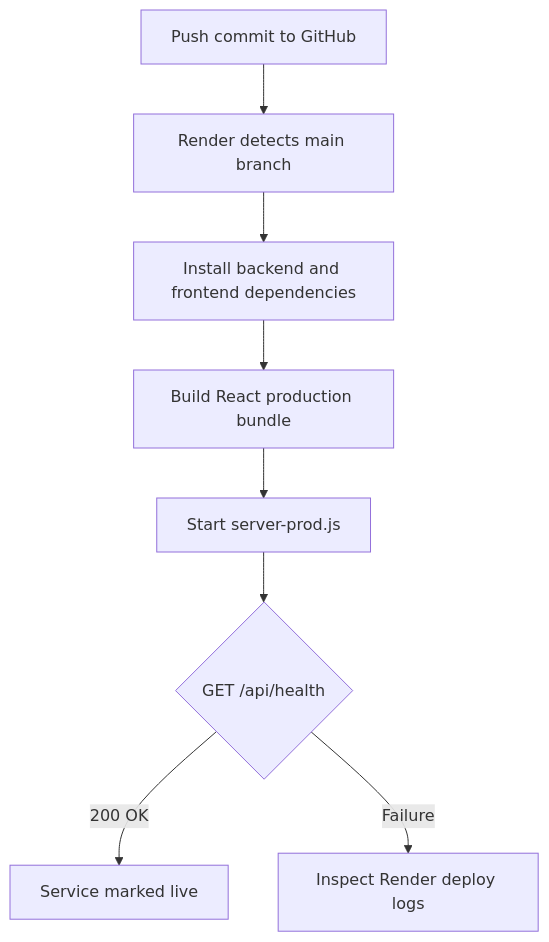
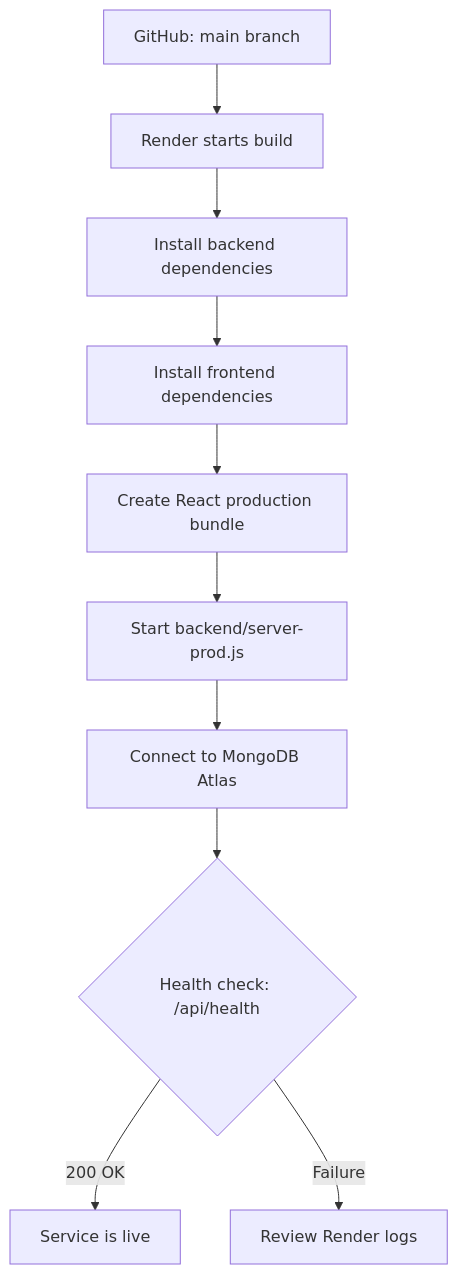
The third of 3 diagrams in README.md (kuldeeppatil2911/cortexops), drawn with Mermaid before and after one commit. The commit also changed other lines of this file, not shown here.

Commit message:
Clean up README architecture diagrams

````diff
--- a/README.md
+++ b/README.md
@@ -204,10 +218,13 @@
 ```mermaid
 flowchart TD
-    Commit[Push commit to GitHub] --> Render[Render detects main branch]
-    Render --> Install[Install backend and frontend dependencies]
-    Install --> Build[Build React production bundle]
-    Build --> Start[Start server-prod.js]
-    Start --> Health{GET /api/health}
-    Health -->|200 OK| Live[Service marked live]
-    Health -->|Failure| Logs[Inspect Render deploy logs]
+    REPO[GitHub: main branch]
+    REPO --> BUILD[Render starts build]
+    BUILD --> DEPS[Install backend dependencies]
+    DEPS --> FRONTEND[Install frontend dependencies]
+    FRONTEND --> BUNDLE[Create React production bundle]
+    BUNDLE --> SERVER[Start backend/server-prod.js]
+    SERVER --> DB[Connect to MongoDB Atlas]
+    DB --> HEALTH{Health check: /api/health}
+    HEALTH -->|200 OK| LIVE[Service is live]
+    HEALTH -->|Failure| LOGS[Review Render logs]
 ```
````
